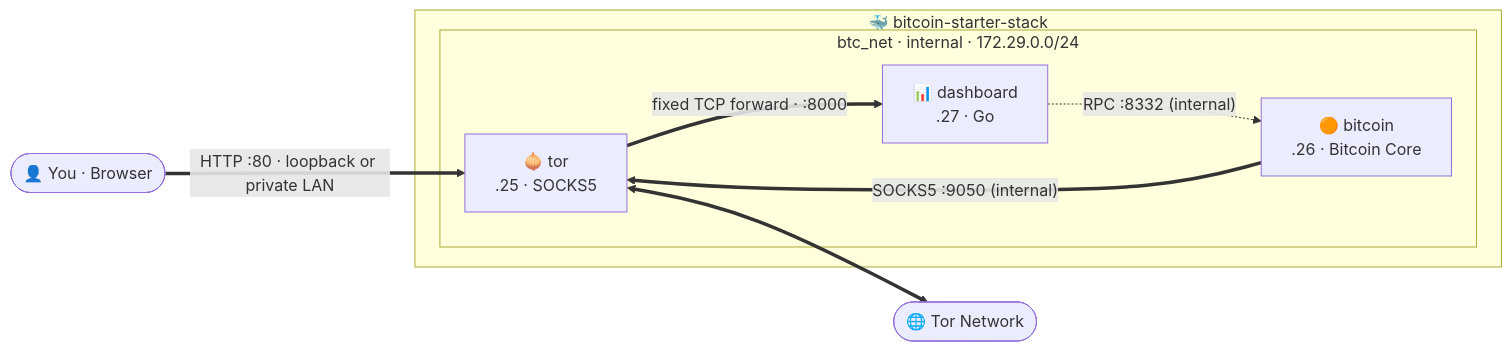
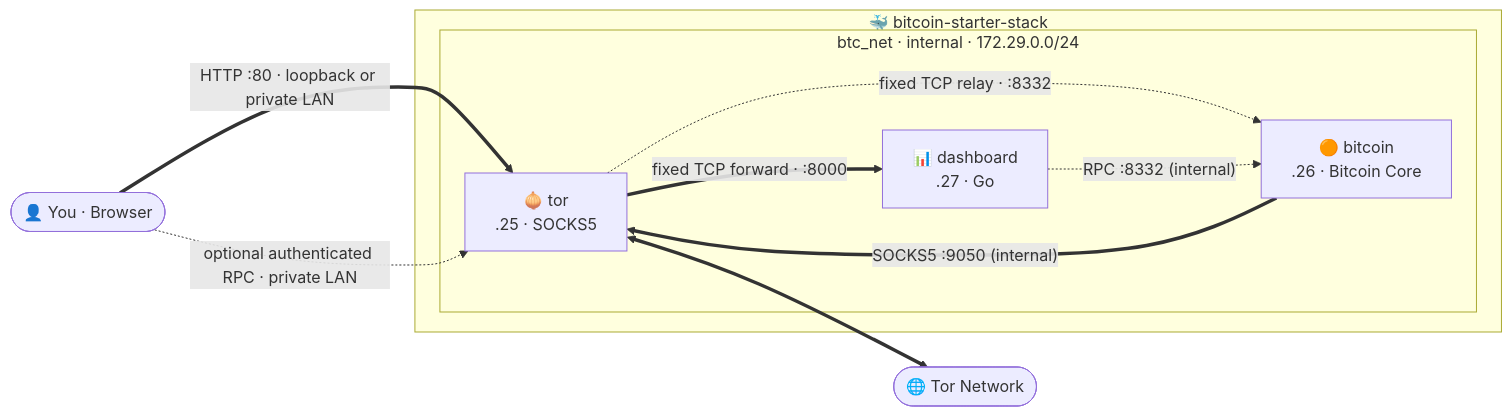
Before and after one commit to VijitSingh97/bitcoin-starter-stack: the diagram in docs/architecture.md, drawn with Mermaid. The commit also changed other lines of this file and 42 other files, not shown here.

Commit message:
Organize the Go dashboard and update Core with optional LAN RPC

````diff
--- a/docs/architecture.md
+++ b/docs/architecture.md
@@ -6,19 +6,21 @@
 ```mermaid
 flowchart LR
     You(["👤 You · Browser"])
     Net(["🌐 Tor Network"])
 
     subgraph stack ["🐳 bitcoin-starter-stack"]
       subgraph internal ["btc_net · internal · 172.29.0.0/24"]
         Dashboard["📊 dashboard<br/>.27 · Go"]
         Bitcoin["🟠 bitcoin<br/>.26 · Bitcoin Core"]
         Tor["🧅 tor<br/>.25 · SOCKS5"]
       end
     end
 
     You ==>|"HTTP :80 · loopback or private LAN"| Tor
     Tor ==>|"fixed TCP forward · :8000"| Dashboard
+    You -.->|"optional authenticated RPC · private LAN"| Tor
+    Tor -.->|"fixed TCP relay · :8332"| Bitcoin
     Dashboard -.->|"RPC :8332 (internal)"| Bitcoin
     Bitcoin ==>|"SOCKS5 :9050 (internal)"| Tor
     Tor <==> Net
 ```
````
